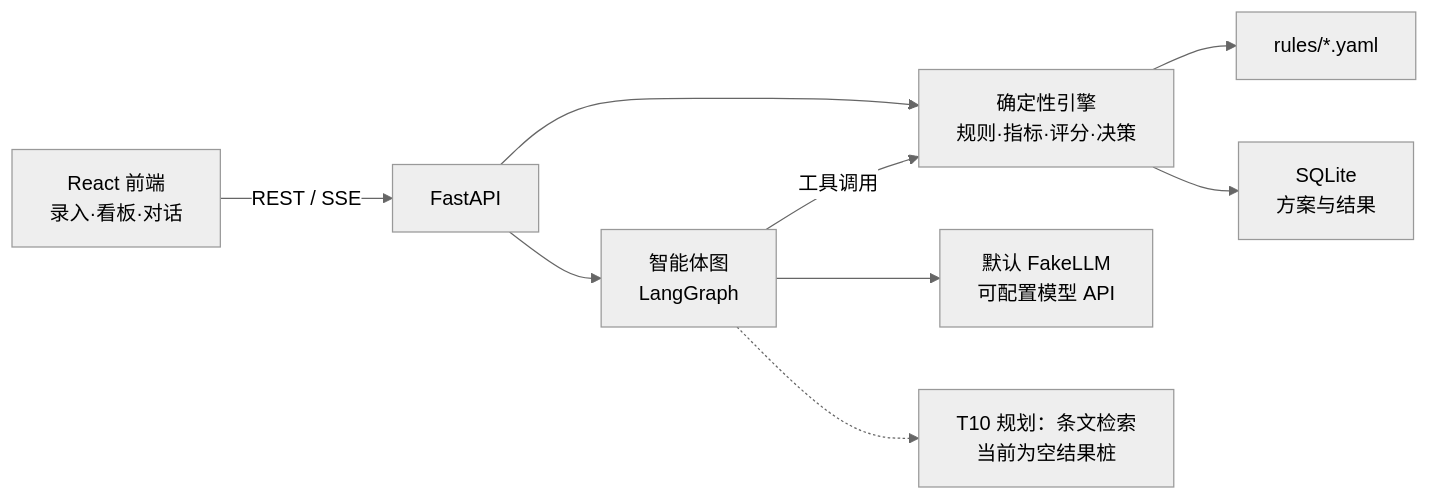
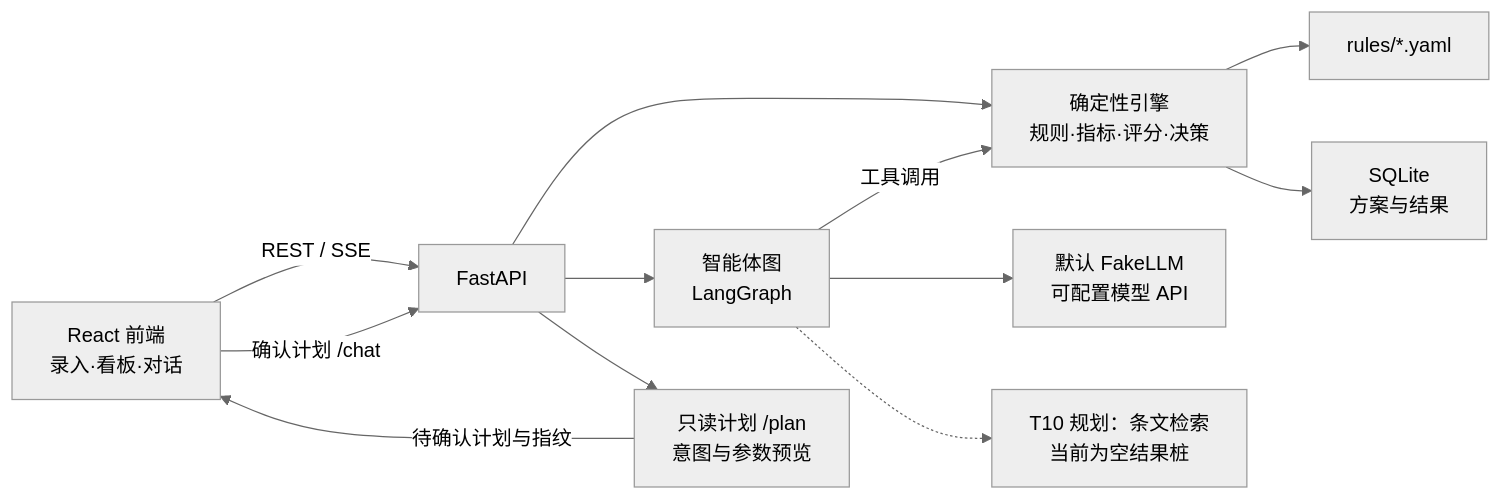
The first of 2 diagrams in Agent.md (Jnove/Steelyard), drawn with Mermaid (neutral theme) before and after one commit. The commit also changed other lines of this file and 42 other files, not shown here.

````diff
--- a/Agent.md
+++ b/Agent.md
@@ -40,11 +40,14 @@
 ```mermaid
 flowchart LR
   UI["React 前端<br/>录入·看板·对话"] -->|REST / SSE| API["FastAPI"]
   API --> ENG["确定性引擎<br/>规则·指标·评分·决策"]
   API --> AG["智能体图<br/>LangGraph"]
+  API --> PLAN["只读计划 /plan<br/>意图与参数预览"]
+  PLAN -->|待确认计划与指纹| UI
+  UI -->|确认计划 /chat| API
   AG -->|工具调用| ENG
   AG --> LLM["默认 FakeLLM<br/>可配置模型 API"]
   AG -.-> RAG["T10 规划：条文检索<br/>当前为空结果桩"]
   ENG --> RULES["rules/*.yaml"]
   ENG --> DB["SQLite<br/>方案与结果"]
 ```
````
